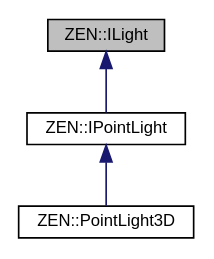
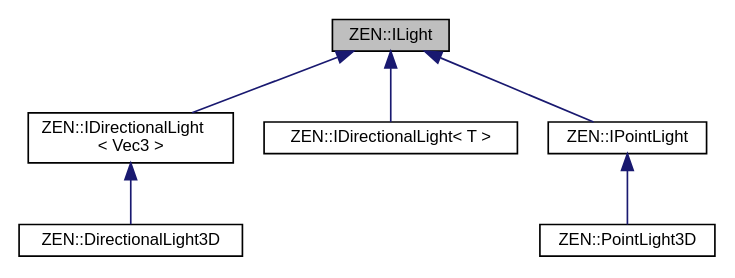
The diagram in classZEN_1_1ILight__inherit__graph.dot (markhj/zeronetics), drawn with Graphviz before and after one commit. The commit also changed 185 other files, not shown here.

```diff
--- a/classZEN_1_1ILight__inherit__graph.dot
+++ b/classZEN_1_1ILight__inherit__graph.dot
@@ -1,11 +1,17 @@
 digraph "ZEN::ILight"
 {
  // LATEX_PDF_SIZE
   edge [fontname="Helvetica",fontsize="10",labelfontname="Helvetica",labelfontsize="10"];
   node [fontname="Helvetica",fontsize="10",shape=record];
   Node1 [label="ZEN::ILight",height=0.2,width=0.4,color="black", fillcolor="grey75", style="filled", fontcolor="black",tooltip=" "];
   Node1 -> Node2 [dir="back",color="midnightblue",fontsize="10",style="solid",fontname="Helvetica"];
-  Node2 [label="ZEN::IPointLight",height=0.2,width=0.4,color="black", fillcolor="white", style="filled",URL="$classZEN_1_1IPointLight.html",tooltip=" "];
+  Node2 [label="ZEN::IDirectionalLight\l\< Vec3 \>",height=0.2,width=0.4,color="black", fillcolor="white", style="filled",URL="$classZEN_1_1IDirectionalLight.html",tooltip=" "];
   Node2 -> Node3 [dir="back",color="midnightblue",fontsize="10",style="solid",fontname="Helvetica"];
-  Node3 [label="ZEN::PointLight3D",height=0.2,width=0.4,color="black", fillcolor="white", style="filled",URL="$classZEN_1_1PointLight3D.html",tooltip=" "];
+  Node3 [label="ZEN::DirectionalLight3D",height=0.2,width=0.4,color="black", fillcolor="white", style="filled",URL="$classZEN_1_1DirectionalLight3D.html",tooltip=" "];
+  Node1 -> Node4 [dir="back",color="midnightblue",fontsize="10",style="solid",fontname="Helvetica"];
+  Node4 [label="ZEN::IDirectionalLight\< T \>",height=0.2,width=0.4,color="black", fillcolor="white", style="filled",URL="$classZEN_1_1IDirectionalLight.html",tooltip=" "];
+  Node1 -> Node5 [dir="back",color="midnightblue",fontsize="10",style="solid",fontname="Helvetica"];
+  Node5 [label="ZEN::IPointLight",height=0.2,width=0.4,color="black", fillcolor="white", style="filled",URL="$classZEN_1_1IPointLight.html",tooltip=" "];
+  Node5 -> Node6 [dir="back",color="midnightblue",fontsize="10",style="solid",fontname="Helvetica"];
+  Node6 [label="ZEN::PointLight3D",height=0.2,width=0.4,color="black", fillcolor="white", style="filled",URL="$classZEN_1_1PointLight3D.html",tooltip=" "];
 }
```
